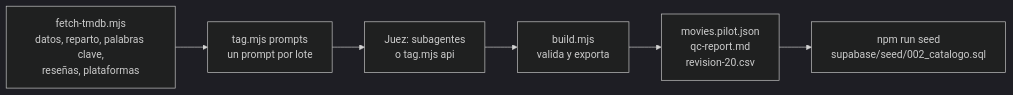
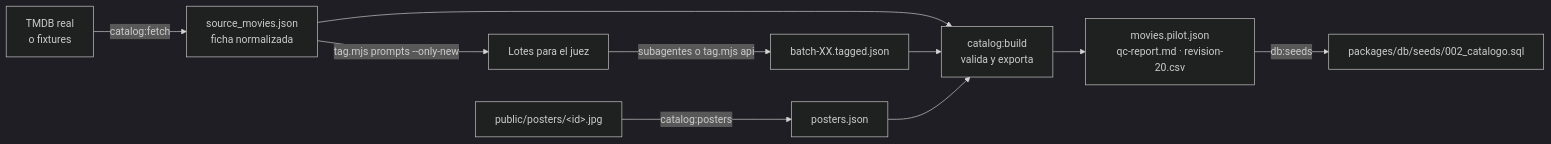
One commit to montenegroc597-web/Prototipo-Kinoo changed the diagram in docs/guias/catalogo.md. Above: the diagram before and after it, drawn with Mermaid (dark theme). The commit also changed other lines of this file and 67 other files, not shown here.

````diff
--- a/docs/guias/catalogo.md
+++ b/docs/guias/catalogo.md
@@ -14,8 +15,12 @@
 ```mermaid
 flowchart LR
-  A[fetch-tmdb.mjs<br>datos, reparto, palabras clave,<br>reseñas, plataformas] --> B[tag.mjs prompts<br>un prompt por lote]
-  B --> C[Juez: subagentes<br>o tag.mjs api]
-  C --> D[build.mjs<br>valida y exporta]
-  D --> E[movies.pilot.json<br>qc-report.md<br>revision-20.csv]
-  E --> F[npm run seed<br>supabase/seed/002_catalogo.sql]
+  A[TMDB real<br>o fixtures] -->|catalog:fetch| B[source_movies.json<br>ficha normalizada]
+  B -->|tag.mjs prompts --only-new| C[Lotes para el juez]
+  C -->|subagentes o tag.mjs api| D[batch-XX.tagged.json]
+  P[public/posters/&lt;id&gt;.jpg] -->|catalog:posters| Q[posters.json]
+  B --> E
+  D --> E
+  Q --> E[catalog:build<br>valida y exporta]
+  E --> F[movies.pilot.json<br>qc-report.md · revision-20.csv]
+  F -->|db:seeds| G[packages/db/seeds/002_catalogo.sql]
 ```
````
